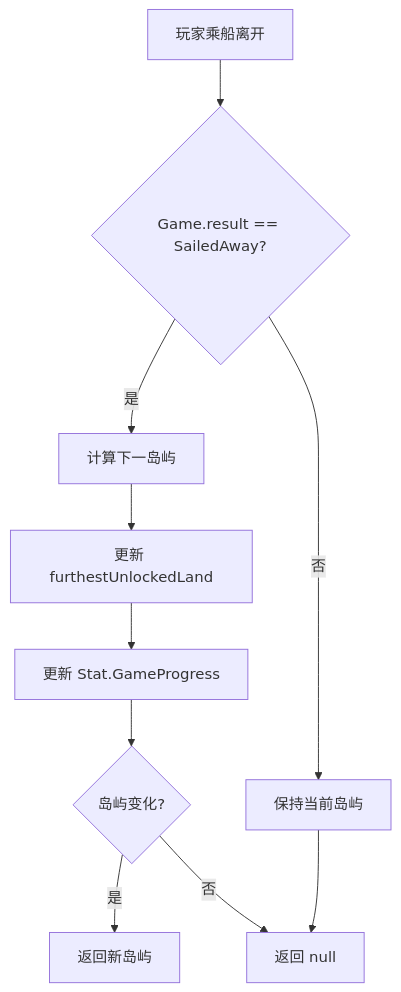
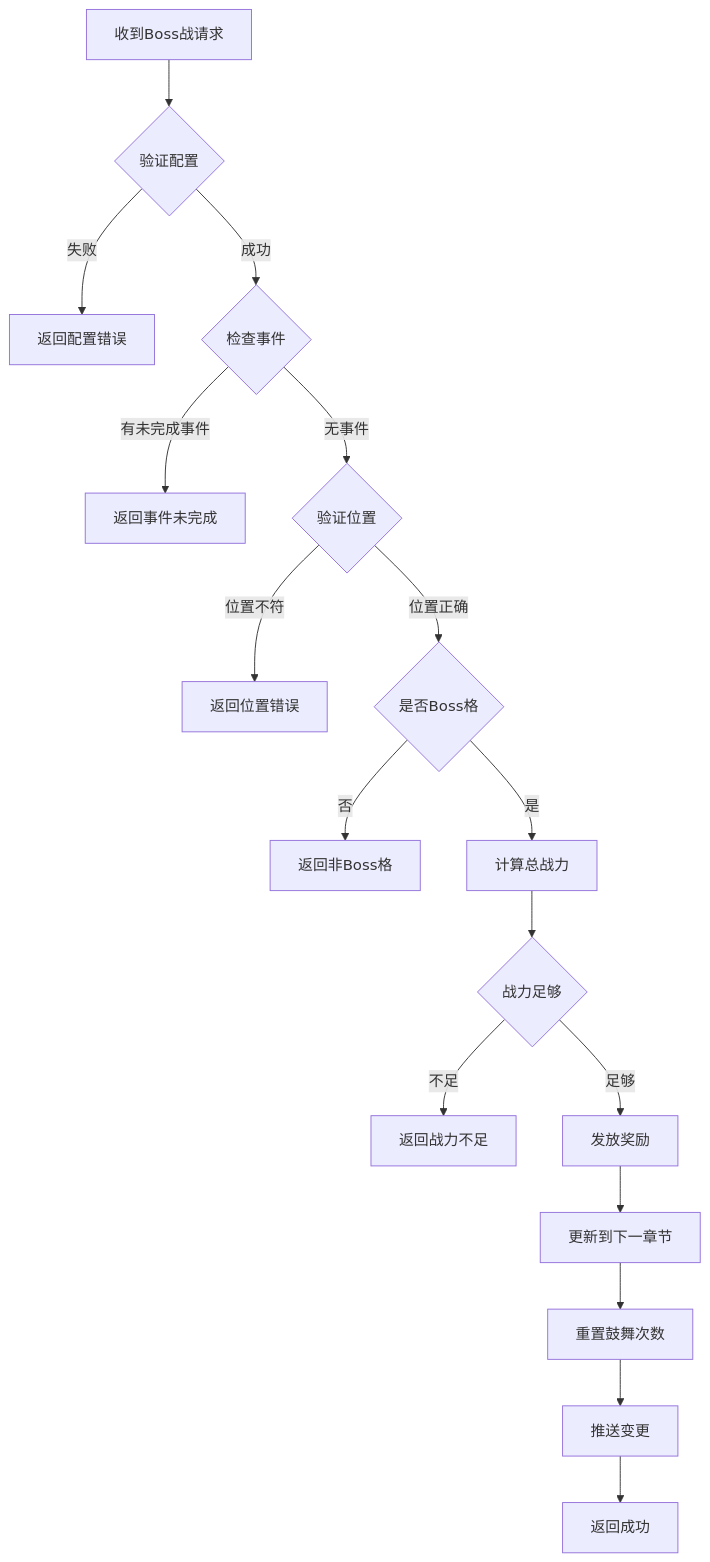
The third of 3 diagrams in docs/Module_Chapter/04_服务端开发.md (Alan-Ben/k2c_game_framework), drawn with Mermaid before and after one commit. The commit also changed other lines of this file and 6 other files, not shown here.

````diff
--- a/docs/Module_Chapter/04_服务端开发.md
+++ b/docs/Module_Chapter/04_服务端开发.md
@@ -314,15 +605,19 @@
 ```mermaid
 flowchart TD
-    A[玩家乘船离开] --> B{Game.result == SailedAway?}
-    B -->|是| C[计算下一岛屿]
-    B -->|否| D[保持当前岛屿]
-    
-    C --> E[更新 furthestUnlockedLand]
-    E --> F[更新 Stat.GameProgress]
-    F --> G{岛屿变化?}
-    
-    G -->|是| H[返回新岛屿]
-    G -->|否| I[返回 null]
-    
-    D --> I
+    A[收到Boss战请求] --> B{验证配置}
+    B -->|失败| C[返回配置错误]
+    B -->|成功| D{检查事件}
+    D -->|有未完成事件| E[返回事件未完成]
+    D -->|无事件| F{验证位置}
+    F -->|位置不符| G[返回位置错误]
+    F -->|位置正确| H{是否Boss格}
+    H -->|否| I[返回非Boss格]
+    H -->|是| J[计算总战力]
+    J --> K{战力足够}
+    K -->|不足| L[返回战力不足]
+    K -->|足够| M[发放奖励]
+    M --> N[更新到下一章节]
+    N --> O[重置鼓舞次数]
+    O --> P[推送变更]
+    P --> Q[返回成功]
 ```
````
